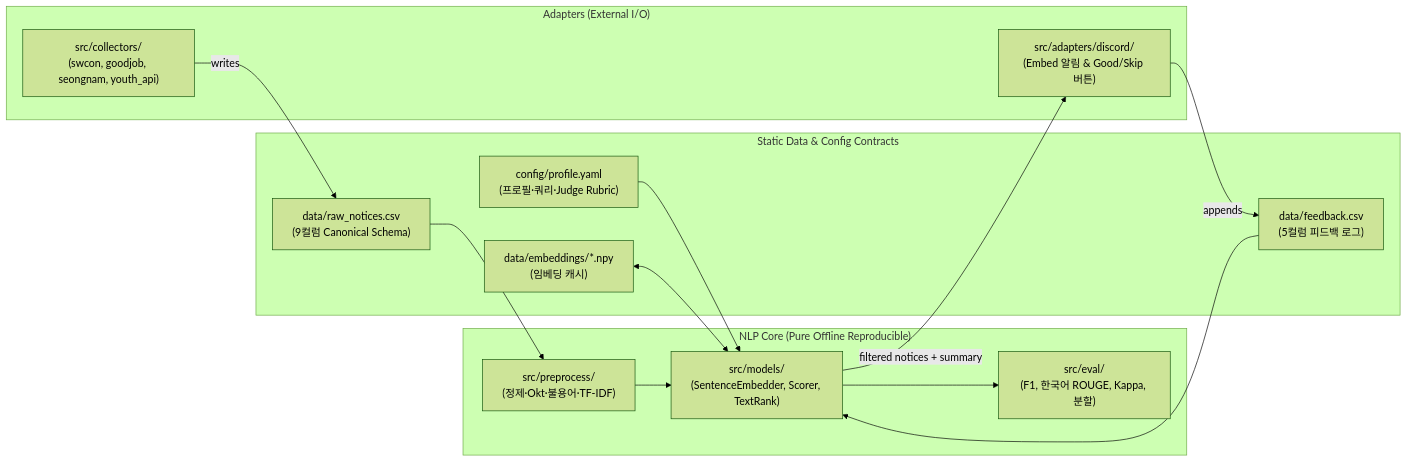
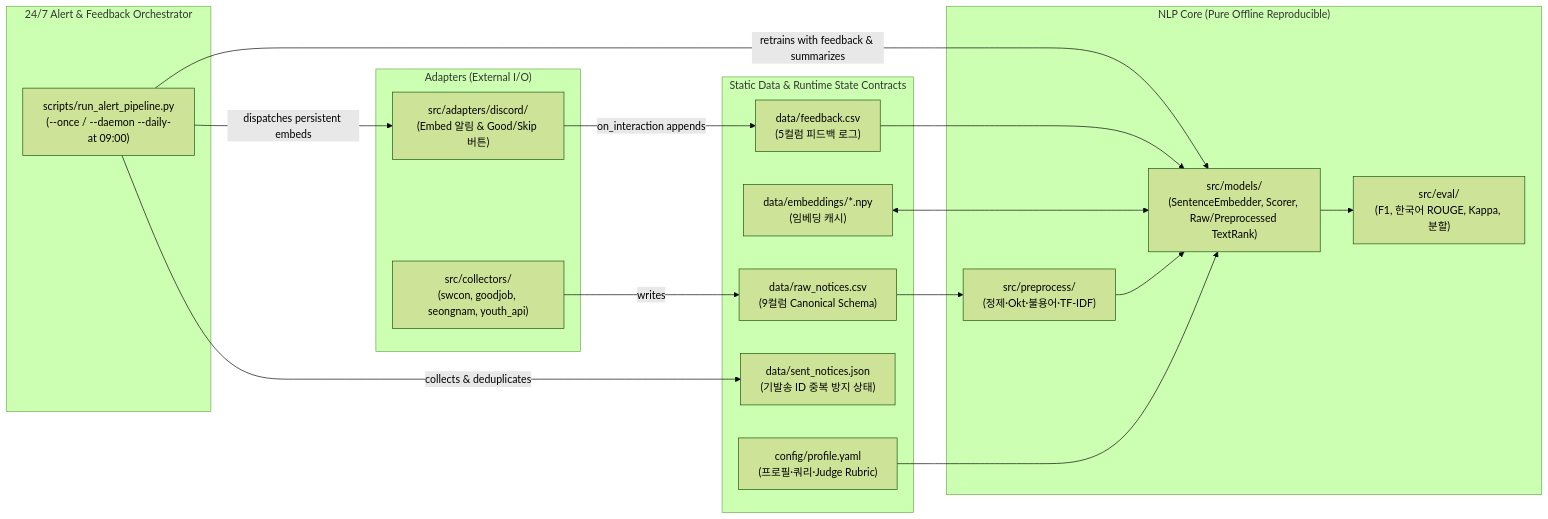
One commit to tim0700/notice-filter-nlp changed the first of 2 diagrams in docs/02_Architecture_and_Contract.md. Above: the diagram before and after it, drawn with Mermaid (forest theme). The commit also changed other lines of this file and 4 other files, not shown here.

Commit message:
docs(se): sync SRS/Architecture/ADR and Oracle 24/7 deployment

````diff
--- a/docs/02_Architecture_and_Contract.md
+++ b/docs/02_Architecture_and_Contract.md
@@ -5,29 +5,36 @@
 ```mermaid
 flowchart LR
     subgraph Adapters["Adapters (External I/O)"]
         COL["src/collectors/\n(swcon, goodjob, seongnam, youth_api)"]
         DSC["src/adapters/discord/\n(Embed 알림 & Good/Skip 버튼)"]
     end
 
-    subgraph DataContract["Static Data & Config Contracts"]
+    subgraph DataContract["Static Data & Runtime State Contracts"]
         PROF["config/profile.yaml\n(프로필·쿼리·Judge Rubric)"]
         RAW["data/raw_notices.csv\n(9컬럼 Canonical Schema)"]
         FB["data/feedback.csv\n(5컬럼 피드백 로그)"]
+        SENT["data/sent_notices.json\n(기발송 ID 중복 방지 상태)"]
         CACHE["data/embeddings/*.npy\n(임베딩 캐시)"]
     end
 
     subgraph Core["NLP Core (Pure Offline Reproducible)"]
         PRE["src/preprocess/\n(정제·Okt·불용어·TF-IDF)"]
-        MOD["src/models/\n(SentenceEmbedder, Scorer, TextRank)"]
+        MOD["src/models/\n(SentenceEmbedder, Scorer, Raw/Preprocessed TextRank)"]
         EVAL["src/eval/\n(F1, 한국어 ROUGE, Kappa, 분할)"]
+    end
+
+    subgraph Runtime["24/7 Alert & Feedback Orchestrator"]
+        DAEMON["scripts/run_alert_pipeline.py\n(--once / --daemon --daily-at 09:00)"]
     end
 
     COL -->|writes| RAW
     PROF --> MOD
     RAW --> PRE --> MOD
     CACHE <--> MOD
     FB --> MOD
     MOD --> EVAL
-    MOD -->|filtered notices + summary| DSC
-    DSC -->|appends| FB
+    DAEMON -->|collects & deduplicates| SENT
+    DAEMON -->|retrains with feedback & summarizes| MOD
+    DAEMON -->|dispatches persistent embeds| DSC
+    DSC -->|on_interaction appends| FB
 ```
````
